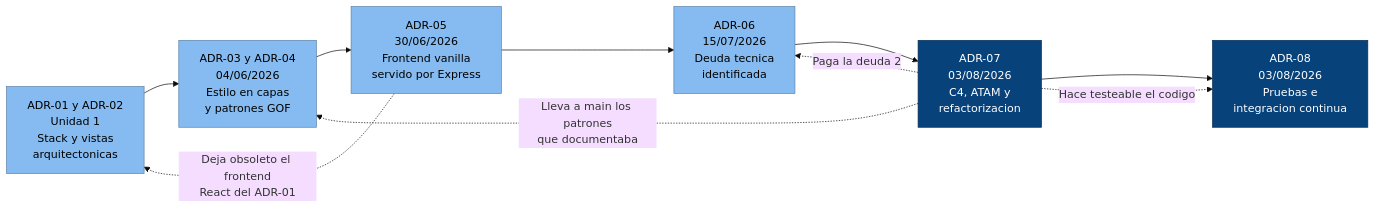
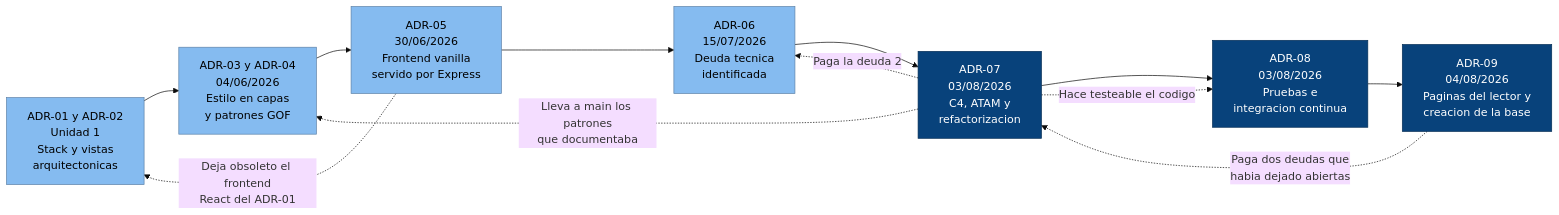
Before and after one commit to Robertotec2/MangaView: the diagram in docs/ADR-registro.md, drawn with Mermaid (base theme). The commit also changed other lines of this file and 4 other files, not shown here.

First line of the commit message:
docs: registrar el ADR-09 y actualizar los diagramas al estado real

````diff
--- a/docs/ADR-registro.md
+++ b/docs/ADR-registro.md
@@ -49,21 +50,23 @@
 ```mermaid
 flowchart LR
     u1["ADR-01 y ADR-02<br/>Unidad 1<br/>Stack y vistas<br/>arquitectonicas"]
     u2["ADR-03 y ADR-04<br/>04/06/2026<br/>Estilo en capas<br/>y patrones GOF"]
     u3["ADR-05<br/>30/06/2026<br/>Frontend vanilla<br/>servido por Express"]
     u4["ADR-06<br/>15/07/2026<br/>Deuda tecnica<br/>identificada"]
     u5["ADR-07<br/>03/08/2026<br/>C4, ATAM y<br/>refactorizacion"]
     u6["ADR-08<br/>03/08/2026<br/>Pruebas e<br/>integracion continua"]
+    u7["ADR-09<br/>04/08/2026<br/>Paginas del lector y<br/>creacion de la base"]
 
-    u1 --> u2 --> u3 --> u4 --> u5 --> u6
+    u1 --> u2 --> u3 --> u4 --> u5 --> u6 --> u7
 
     u3 -.->|"Deja obsoleto el frontend<br/>React del ADR-01"| u1
     u5 -.->|"Lleva a main los patrones<br/>que documentaba"| u2
     u5 -.->|"Paga la deuda 2"| u4
     u5 -.->|"Hace testeable el codigo"| u6
+    u7 -.->|"Paga dos deudas que<br/>habia dejado abiertas"| u5
 
     classDef pasado fill:#85bbf0,stroke:#5d82a8,color:#000000
     classDef actual fill:#08427b,stroke:#052e56,color:#ffffff
     class u1,u2,u3,u4 pasado
-    class u5,u6 actual
+    class u5,u6,u7 actual
 ```
````
